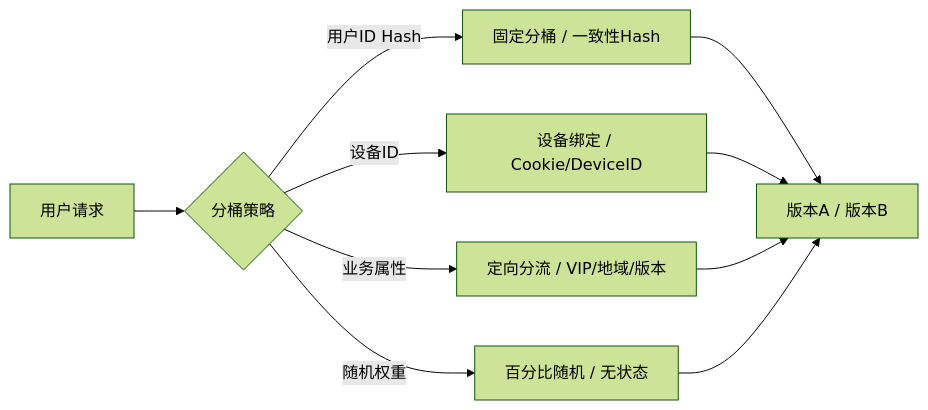
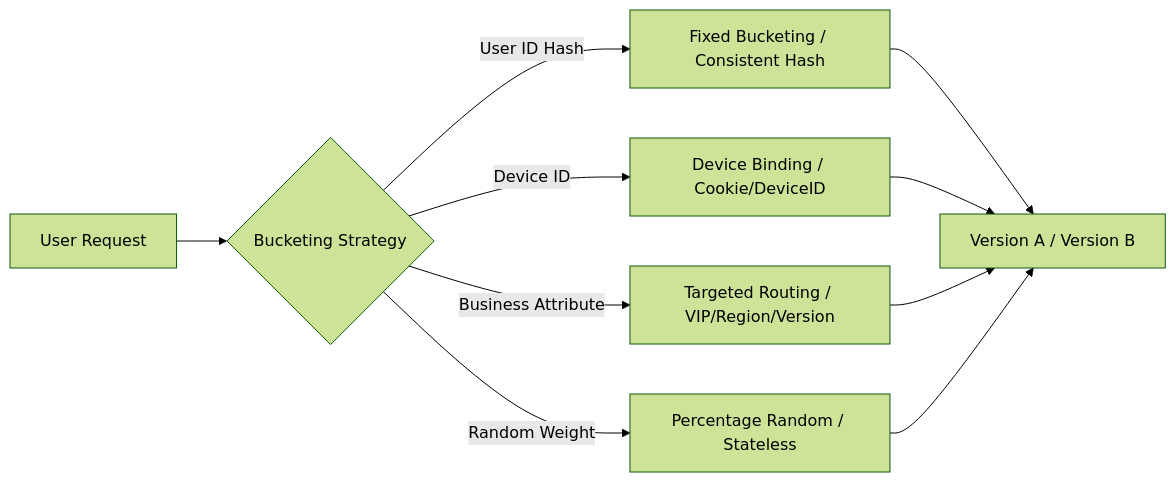
The third of 9 diagrams in templates/产品/交付层/【模板】灰度方案.md (Kirky-X/cangjie), drawn with Mermaid (forest theme) before and after one commit. The commit also changed other lines of this file and 60 other files, not shown here.

````diff
--- a/templates/产品/交付层/【模板】灰度方案.md
+++ b/templates/产品/交付层/【模板】灰度方案.md
@@ -138,13 +138,13 @@
 ```mermaid
 flowchart LR
-    A[用户请求] --> B{分桶策略}
-    B -->|用户ID Hash| C[固定分桶 / 一致性Hash]
-    B -->|设备ID| D[设备绑定 / Cookie/DeviceID]
-    B -->|业务属性| E[定向分流 / VIP/地域/版本]
-    B -->|随机权重| F[百分比随机 / 无状态]
+    A[User Request] --> B{Bucketing Strategy}
+    B -->|User ID Hash| C[Fixed Bucketing / Consistent Hash]
+    B -->|Device ID| D[Device Binding / Cookie/DeviceID]
+    B -->|Business Attribute| E[Targeted Routing / VIP/Region/Version]
+    B -->|Random Weight| F[Percentage Random / Stateless]
 
-    C --> G[版本A / 版本B]
+    C --> G[Version A / Version B]
     D --> G
     E --> G
     F --> G
 ```
````
